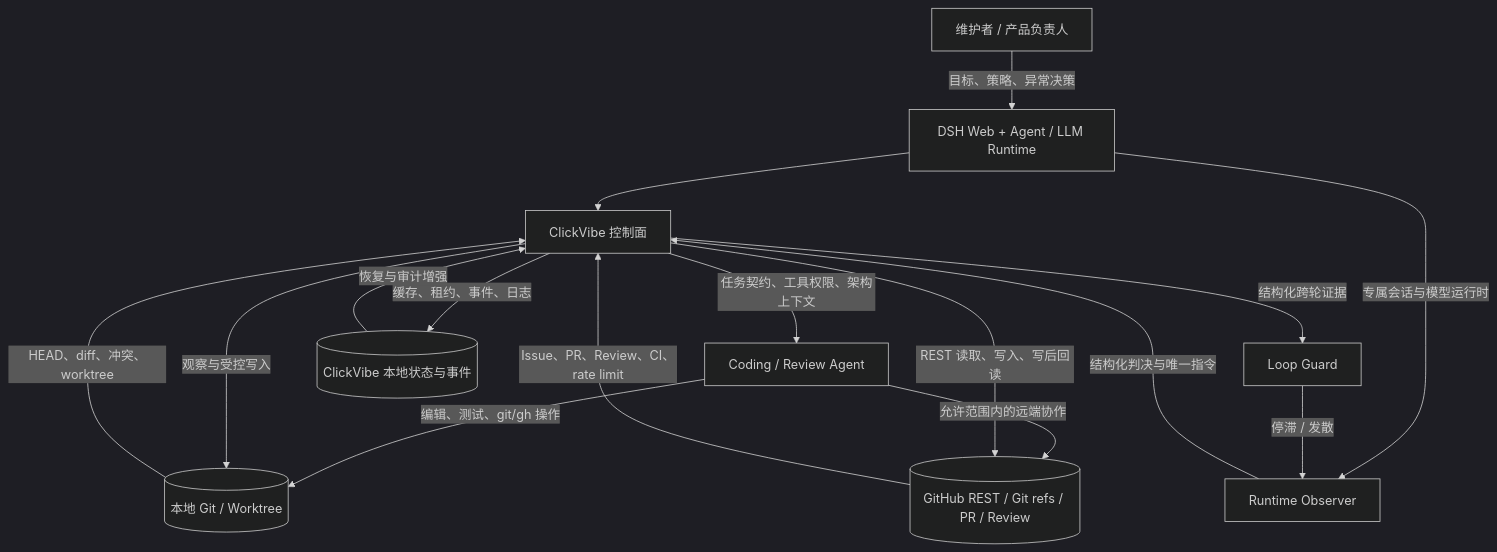
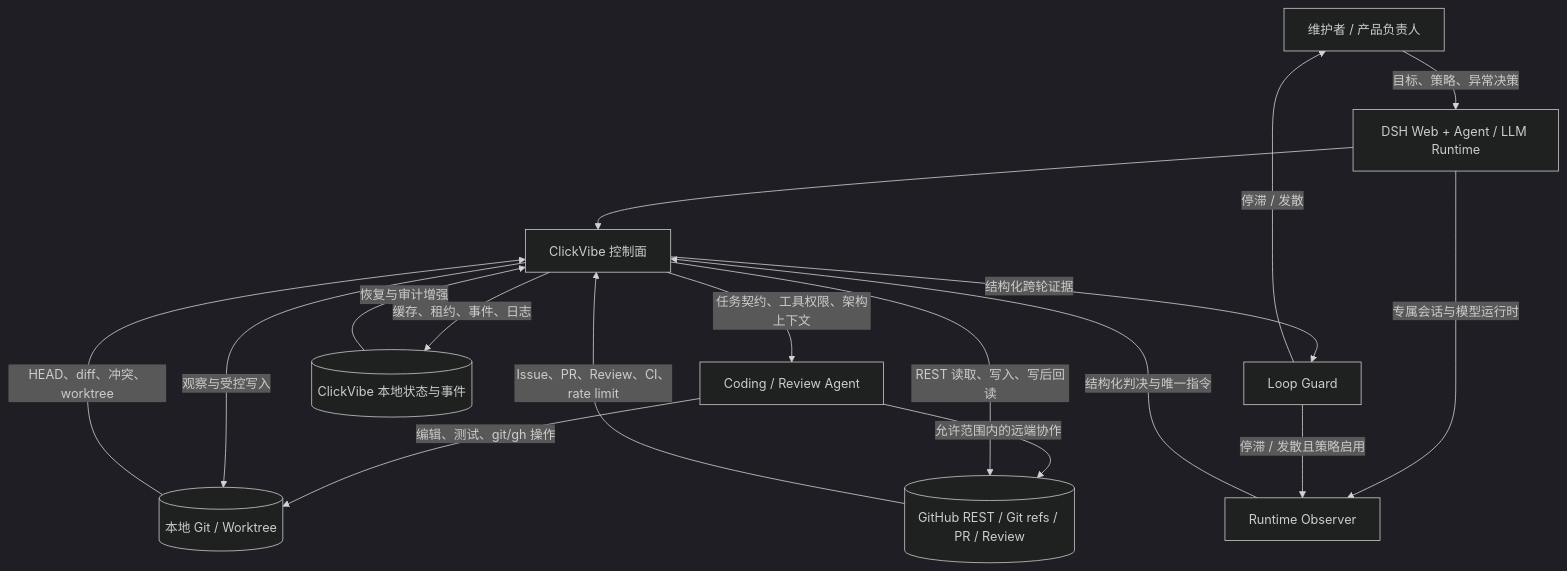
Before and after one commit to ai-daming/clickvibe: the diagram in docs/architecture/system-context.md, drawn with Mermaid (dark theme). The commit also changed other lines of this file and 19 other files, not shown here.

Commit message:
docs: align architecture roadmap and access governance

````diff
--- a/docs/architecture/system-context.md
+++ b/docs/architecture/system-context.md
@@ -7,28 +7,29 @@
 ```mermaid
 flowchart TB
   human[维护者 / 产品负责人]
   dsh[DSH Web + Agent / LLM Runtime]
   cv[ClickVibe 控制面]
   guard[Loop Guard]
   agent[Coding / Review Agent]
   observer[Runtime Observer]
   local[(本地 Git / Worktree)]
   state[(ClickVibe 本地状态与事件)]
   gh[(GitHub REST / Git refs / PR / Review)]
 
   human -->|目标、策略、异常决策| dsh
   dsh --> cv
   dsh -->|专属会话与模型运行时| observer
   cv -->|任务契约、工具权限、架构上下文| agent
   cv -->|结构化跨轮证据| guard
-  guard -->|停滞 / 发散| observer
+  guard -->|停滞 / 发散且策略启用| observer
+  guard -->|停滞 / 发散| human
   observer -->|结构化判决与唯一指令| cv
   agent -->|编辑、测试、git/gh 操作| local
   agent -->|允许范围内的远端协作| gh
   cv -->|观察与受控写入| local
   cv -->|REST 读取、写入、写后回读| gh
   cv -->|缓存、租约、事件、日志| state
   local -->|HEAD、diff、冲突、worktree| cv
   gh -->|Issue、PR、Review、CI、rate limit| cv
   state -->|恢复与审计增强| cv
 ```
````
